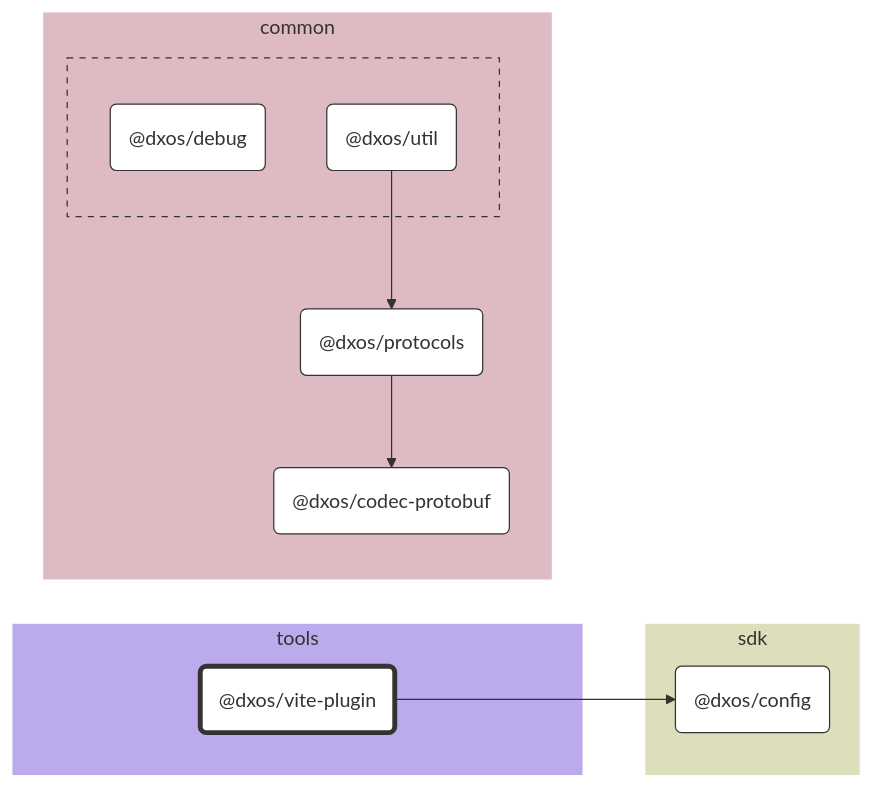
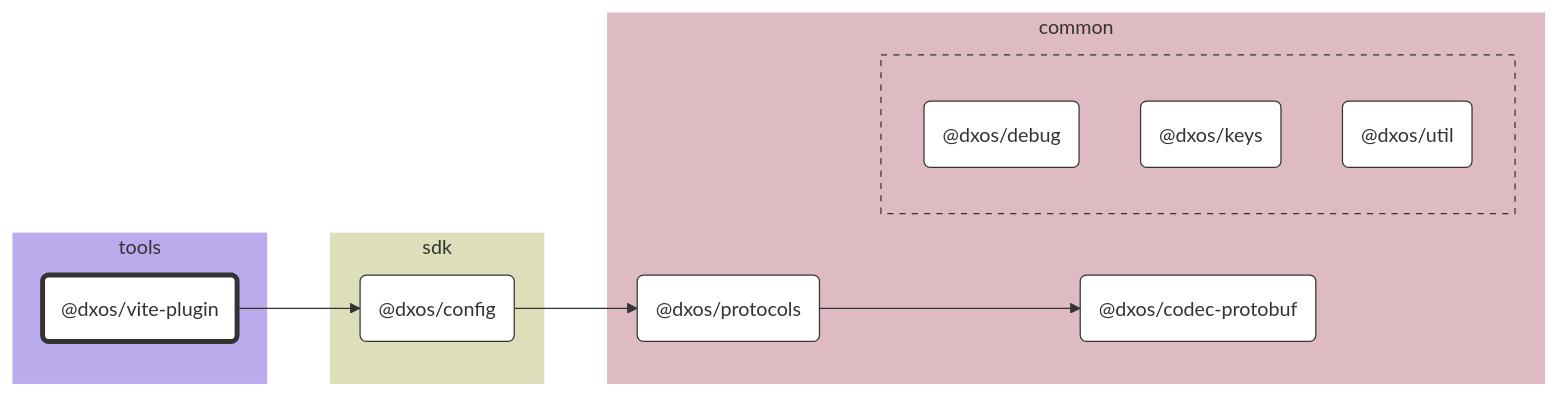
Before and after one commit to dxos/dxos: the diagram in tools/vite-plugin/docs/README.md, drawn with Mermaid. The commit also changed other lines of this file and 52 other files, not shown here.

````diff
--- a/tools/vite-plugin/docs/README.md
+++ b/tools/vite-plugin/docs/README.md
@@ -7,45 +7,47 @@
 ```mermaid
 %%{ init: {'flowchart':{'curve':'basis'}} }%%
 
 flowchart LR
 
 %% Classes
 classDef def fill:#fff,stroke:#333,stroke-width:1px
 classDef root fill:#fff,stroke:#333,stroke-width:4px
 
 %% Nodes
 
 subgraph tools [tools]
   style tools fill:#bbabed,stroke:#fff
   dxos/vite-plugin("@dxos/vite-plugin"):::root
   click dxos/vite-plugin "dxos/dxos/tree/main/tools/vite-plugin/docs"
 end
 
 subgraph sdk [sdk]
   style sdk fill:#dddeba,stroke:#fff
   dxos/config("@dxos/config"):::def
   click dxos/config "dxos/dxos/tree/main/packages/sdk/config/docs"
 end
 
 subgraph common [common]
   style common fill:#debac2,stroke:#fff
   dxos/codec-protobuf("@dxos/codec-protobuf"):::def
   click dxos/codec-protobuf "dxos/dxos/tree/main/packages/common/codec-protobuf/docs"
   dxos/protocols("@dxos/protocols"):::def
   click dxos/protocols "dxos/dxos/tree/main/packages/common/protocols/docs"
 
   subgraph common-excluded [ ]
     style common-excluded fill:#debac2,stroke:#333,stroke-dasharray:5 5
     dxos/debug("@dxos/debug"):::def
     click dxos/debug "dxos/dxos/tree/main/packages/common/debug/docs"
+    dxos/keys("@dxos/keys"):::def
+    click dxos/keys "dxos/dxos/tree/main/packages/common/keys/docs"
     dxos/util("@dxos/util"):::def
     click dxos/util "dxos/dxos/tree/main/packages/common/util/docs"
   end
 end
 
 %% Links
 linkStyle default stroke:#333,stroke-width:1px
 dxos/vite-plugin --> dxos/config
+dxos/config --> dxos/protocols
 dxos/protocols --> dxos/codec-protobuf
-dxos/util --> dxos/protocols
 ```
````
